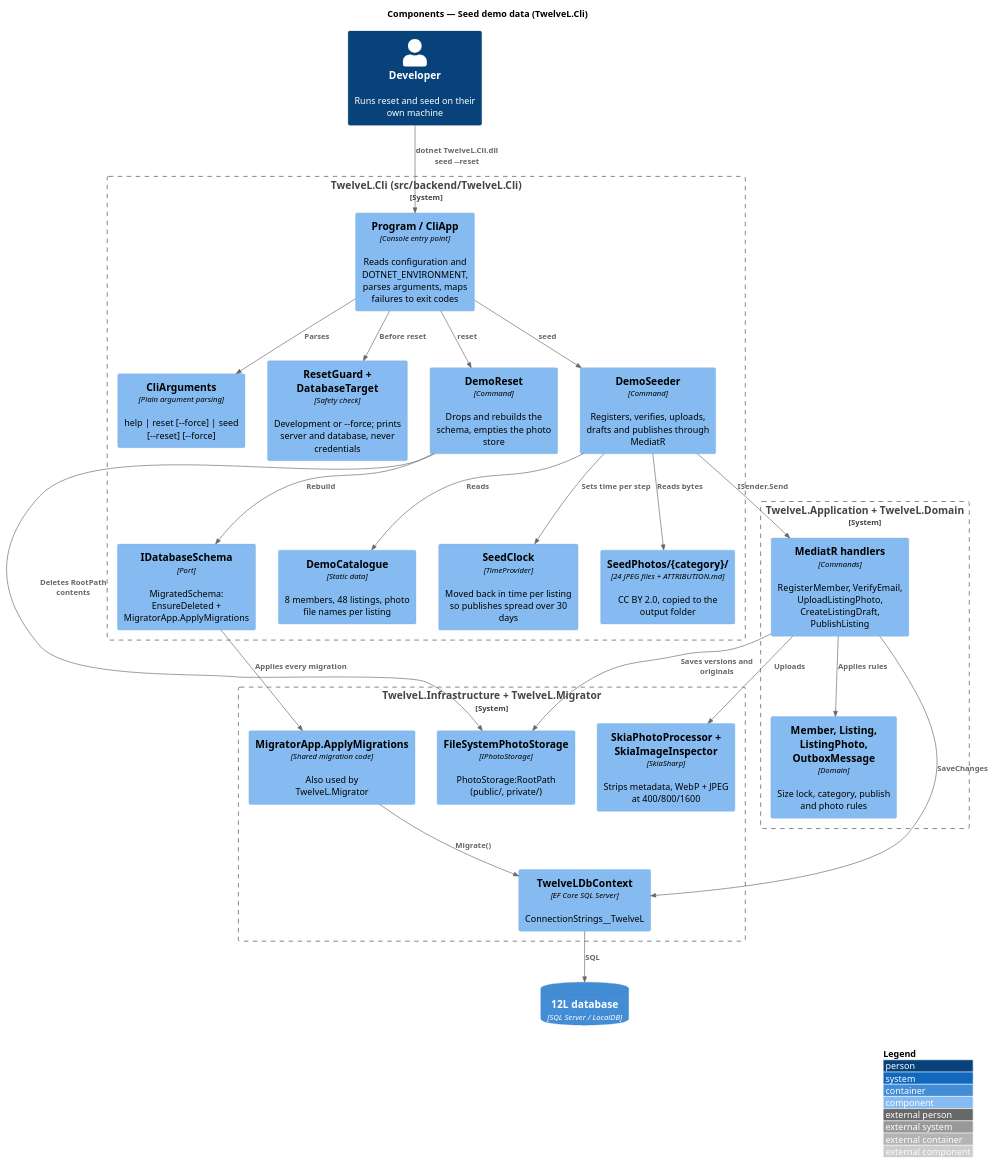
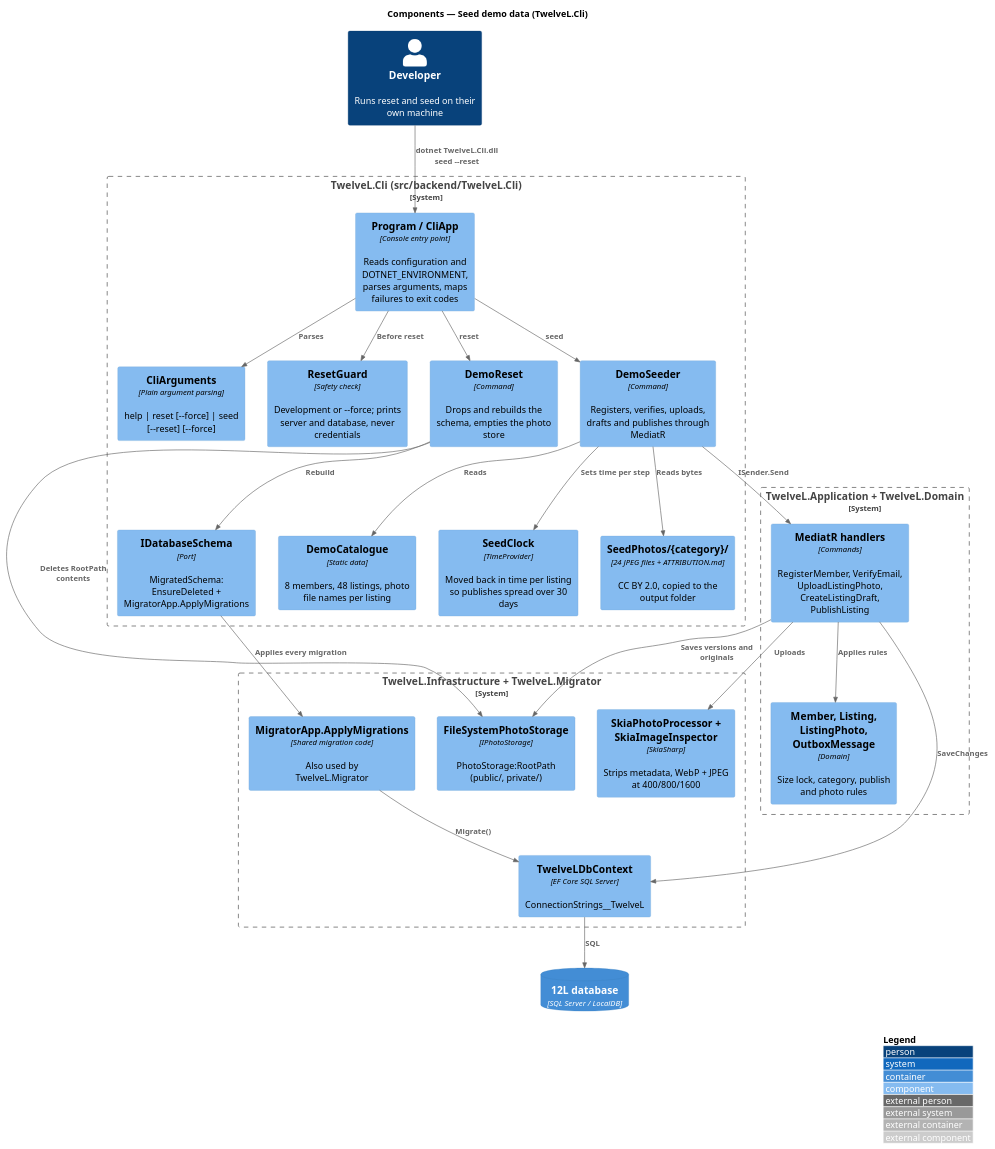
One commit to QuinntyneBrown/12l changed the diagram in docs/detailed-designs/platform/seed-demo-data/diagrams/c4-component.puml. Above: the diagram before and after it, drawn with PlantUML. The commit also changed 8 other files, not shown here.

```diff
--- a/docs/detailed-designs/platform/seed-demo-data/diagrams/c4-component.puml
+++ b/docs/detailed-designs/platform/seed-demo-data/diagrams/c4-component.puml
@@ -1,47 +1,47 @@
 @startuml
 !include <C4/C4_Component>
 LAYOUT_WITH_LEGEND()
 title Components — Seed demo data (TwelveL.Cli)
 
 Person(dev, "Developer", "Runs reset and seed on their own machine")
 System_Boundary(cli, "TwelveL.Cli (src/backend/TwelveL.Cli)") {
   Component(program, "Program / CliApp", "Console entry point", "Reads configuration and DOTNET_ENVIRONMENT, parses arguments, maps failures to exit codes")
   Component(args, "CliArguments", "Plain argument parsing", "help | reset [~--force] | seed [~--reset] [~--force]")
-  Component(guard, "ResetGuard + DatabaseTarget", "Safety check", "Development or ~--force; prints server and database, never credentials")
+  Component(guard, "ResetGuard", "Safety check", "Development or ~--force; prints server and database, never credentials")
   Component(reset, "DemoReset", "Command", "Drops and rebuilds the schema, empties the photo store")
   Component(schema, "IDatabaseSchema", "Port", "MigratedSchema: EnsureDeleted + MigratorApp.ApplyMigrations")
   Component(seeder, "DemoSeeder", "Command", "Registers, verifies, uploads, drafts and publishes through MediatR")
   Component(catalogue, "DemoCatalogue", "Static data", "8 members, 48 listings, photo file names per listing")
   Component(clock, "SeedClock", "TimeProvider", "Moved back in time per listing so publishes spread over 30 days")
   Component(photos, "SeedPhotos/{category}/", "24 JPEG files + ATTRIBUTION.md", "CC BY 2.0, copied to the output folder")
 }
 System_Boundary(app, "TwelveL.Application + TwelveL.Domain") {
   Component(cmds, "MediatR handlers", "Commands", "RegisterMember, VerifyEmail, UploadListingPhoto, CreateListingDraft, PublishListing")
   Component(domain, "Member, Listing, ListingPhoto, OutboxMessage", "Domain", "Size lock, category, publish and photo rules")
 }
 System_Boundary(infra, "TwelveL.Infrastructure + TwelveL.Migrator") {
   Component(db, "TwelveLDbContext", "EF Core SQL Server", "ConnectionStrings__TwelveL")
   Component(pipeline, "SkiaPhotoProcessor + SkiaImageInspector", "SkiaSharp", "Strips metadata, WebP + JPEG at 400/800/1600")
   Component(store, "FileSystemPhotoStorage", "IPhotoStorage", "PhotoStorage:RootPath (public/, private/)")
   Component(migrator, "MigratorApp.ApplyMigrations", "Shared migration code", "Also used by TwelveL.Migrator")
 }
 ContainerDb(sql, "12L database", "SQL Server / LocalDB")
 Rel(dev, program, "dotnet TwelveL.Cli.dll seed --reset")
 Rel(program, args, "Parses")
 Rel(program, guard, "Before reset")
 Rel(program, reset, "reset")
 Rel(program, seeder, "seed")
 Rel(reset, schema, "Rebuild")
 Rel(schema, migrator, "Applies every migration")
 Rel(reset, store, "Deletes RootPath contents")
 Rel(seeder, catalogue, "Reads")
 Rel(seeder, photos, "Reads bytes")
 Rel(seeder, clock, "Sets time per step")
 Rel(seeder, cmds, "ISender.Send")
 Rel(cmds, domain, "Applies rules")
 Rel(cmds, pipeline, "Uploads")
 Rel(cmds, store, "Saves versions and originals")
 Rel(cmds, db, "SaveChanges")
 Rel(migrator, db, "Migrate()")
 Rel(db, sql, "SQL")
 @enduml
```
